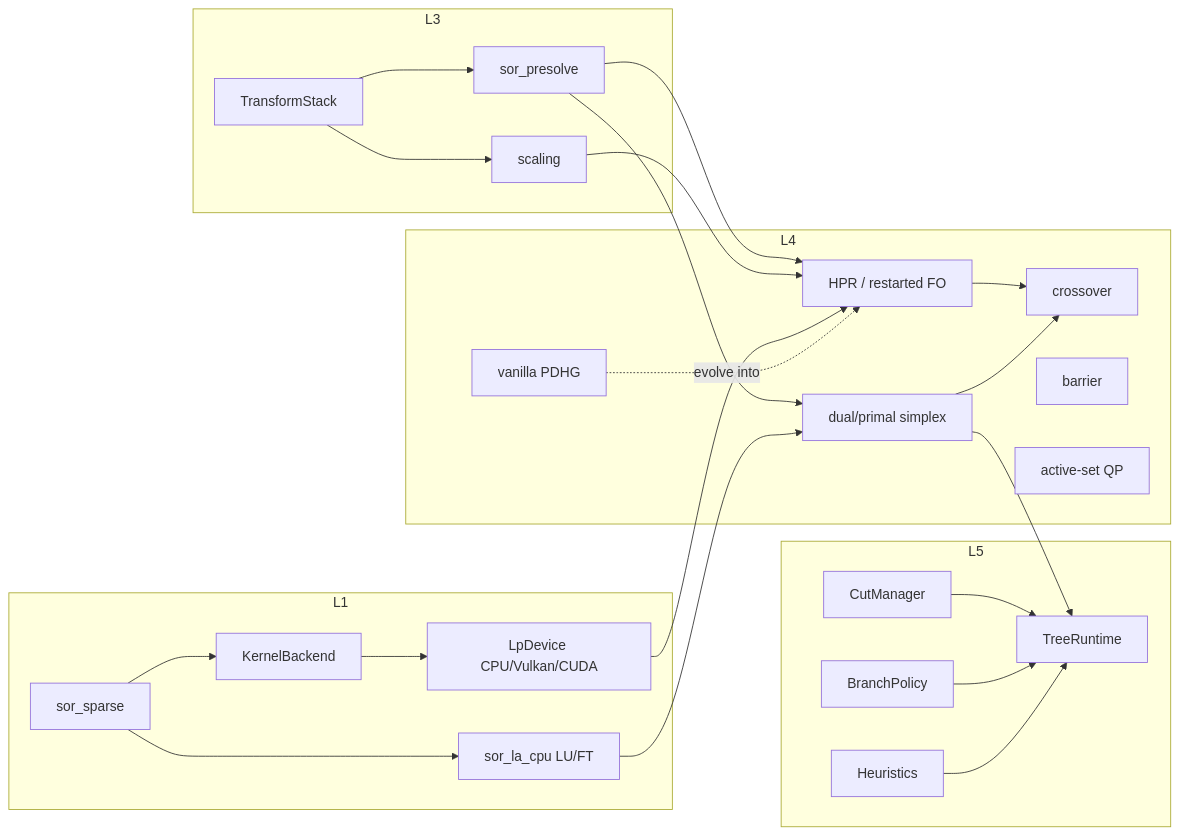
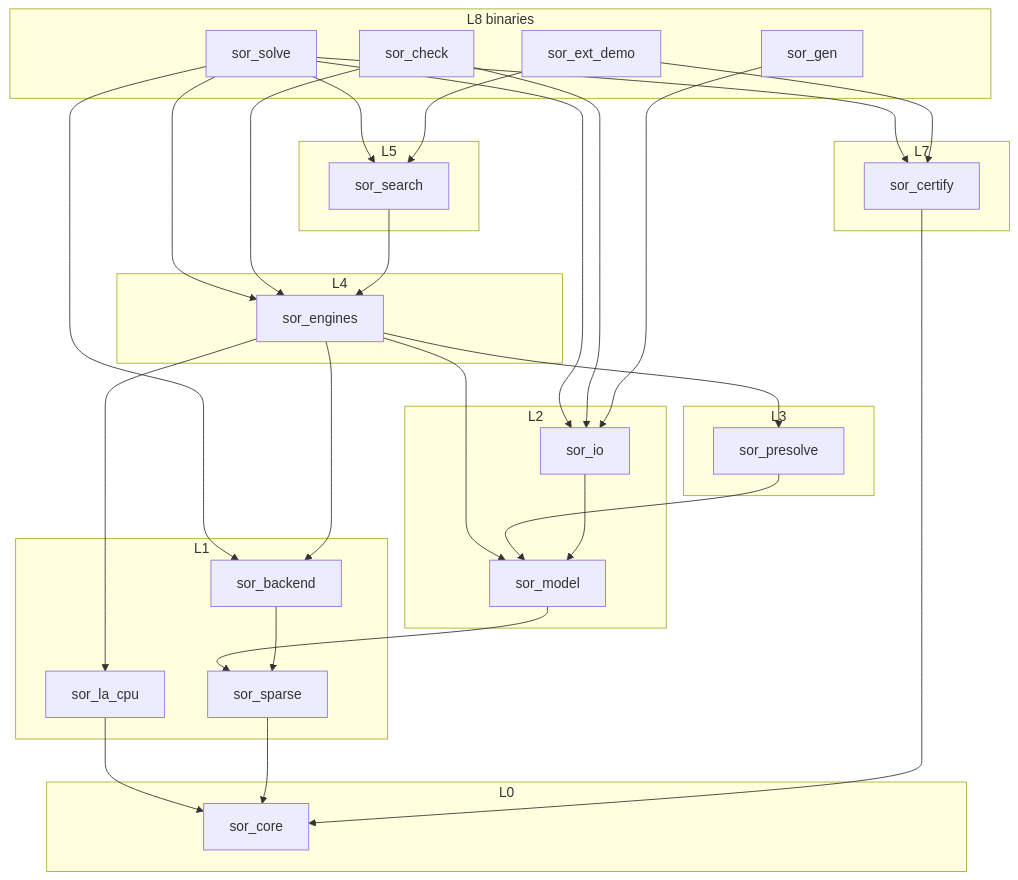
The first of 5 diagrams in docs/architecture.md (YashSuthar983/Forge), drawn with Mermaid before and after one commit. The commit also changed other lines of this file and 47 other files, not shown here.

````diff
--- a/docs/architecture.md
+++ b/docs/architecture.md
@@ -826,49 +75,56 @@
 ```mermaid
-flowchart LR
+flowchart TB
+  subgraph L8["L8 binaries"]
+    solve[sor_solve]
+    check[sor_check]
+    gen[sor_gen]
+    ext[sor_ext_demo]
+  end
+  subgraph L7["L7"]
+    cert[sor_certify]
+  end
+  subgraph L5["L5"]
+    search[sor_search]
+  end
+  subgraph L4["L4"]
+    eng[sor_engines]
+  end
+  subgraph L3["L3"]
+    pre[sor_presolve]
+  end
+  subgraph L2["L2"]
+    io[sor_io]
+    model[sor_model]
+  end
   subgraph L1["L1"]
-    Sparse[sor_sparse]
-    LaCpu[sor_la_cpu LU/FT]
-    Backend[KernelBackend]
-    LpDev[LpDevice CPU/Vulkan/CUDA]
+    be[sor_backend]
+    la[sor_la_cpu]
+    sp[sor_sparse]
+  end
+  subgraph L0["L0"]
+    core[sor_core]
   end
 
-  subgraph L3["L3"]
-    Stack[TransformStack]
-    Pre[sor_presolve]
-    Scale[scaling]
-  end
-
-  subgraph L4["L4"]
-    PDHG[vanilla PDHG]
-    HPR[HPR / restarted FO]
-    SX[dual/primal simplex]
-    XO[crossover]
-    BAR[barrier]
-    QP[active-set QP]
-  end
-
-  subgraph L5["L5"]
-    Tree[TreeRuntime]
-    Cuts[CutManager]
-    Br[BranchPolicy]
-    He[Heuristics]
-  end
-
-  Sparse --> Backend
-  Sparse --> LaCpu
-  Backend --> LpDev
-  Stack --> Pre
-  Stack --> Scale
-  Pre --> HPR
-  Pre --> SX
-  Scale --> HPR
-  LpDev --> HPR
-  LaCpu --> SX
-  HPR --> XO
-  SX --> XO
-  SX --> Tree
-  Cuts --> Tree
-  Br --> Tree
-  He --> Tree
-  PDHG -.->|evolve into| HPR
+  solve --> io
+  solve --> eng
+  solve --> search
+  solve --> cert
+  solve --> be
+  check --> io
+  check --> eng
+  gen --> io
+  ext --> search
+  ext --> cert
+  search --> eng
+  eng --> model
+  eng --> be
+  eng --> la
+  eng --> pre
+  pre --> model
+  io --> model
+  model --> sp
+  be --> sp
+  la --> core
+  sp --> core
+  cert --> core
 ```
````
